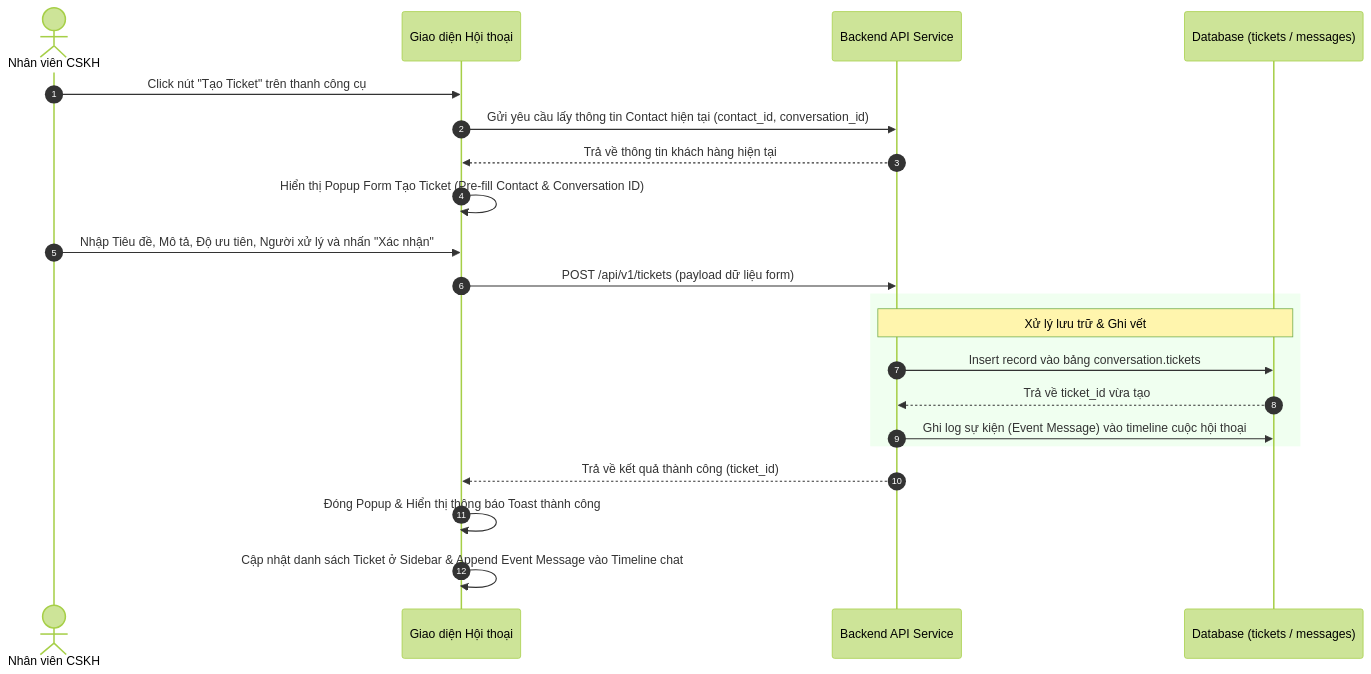
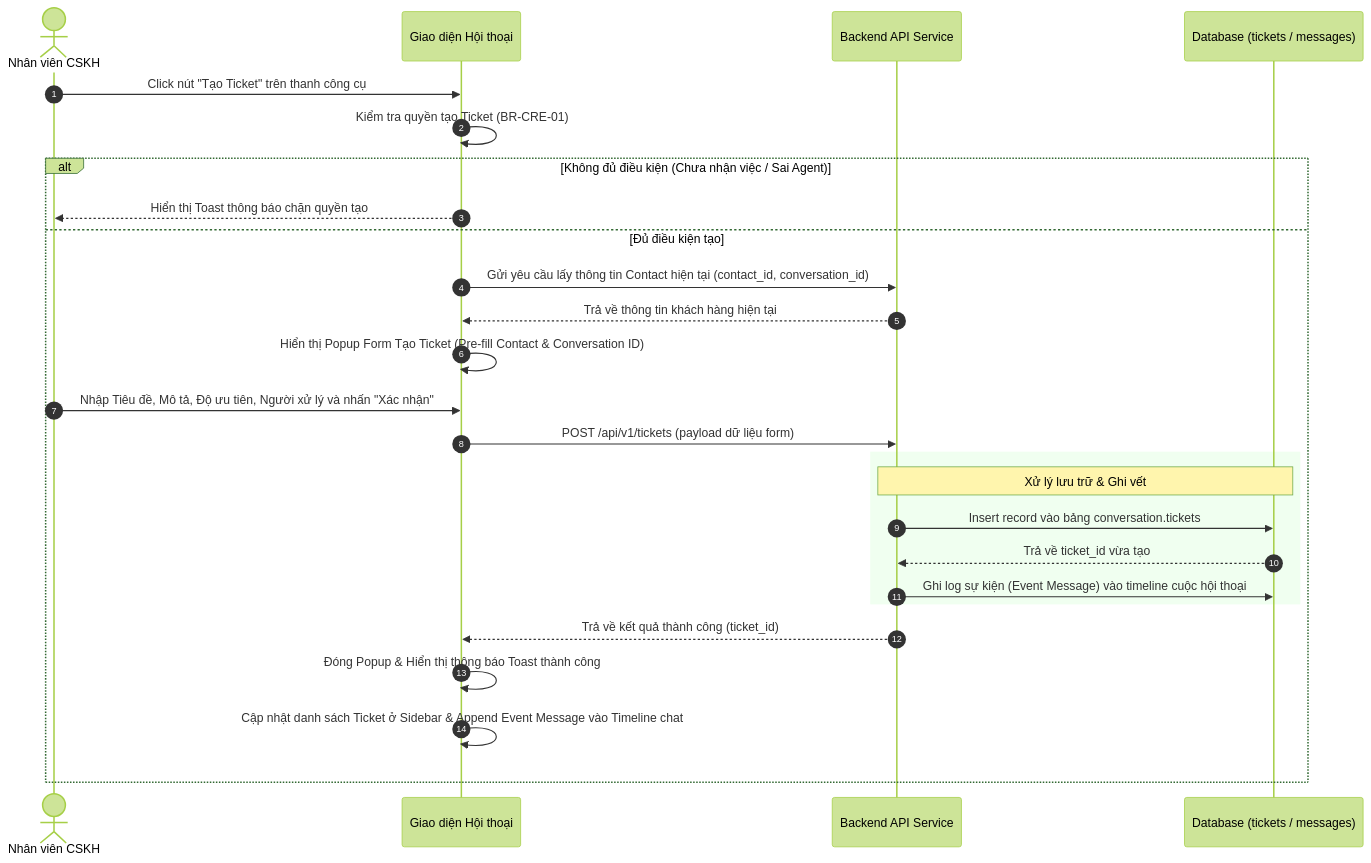
Before and after one commit to Mira-Miraaa/Gapone-Conversation: the diagram in Docs/SRS Create Ticket at Conversation.md, drawn with Mermaid (forest theme). The commit also changed other lines of this file and 3 other files, not shown here.

````diff
--- a/Docs/SRS Create Ticket at Conversation.md
+++ b/Docs/SRS Create Ticket at Conversation.md
@@ -59,26 +60,31 @@
 ```mermaid
 sequenceDiagram
     autonumber
     actor Agent as Nhân viên CSKH
     participant UI as Giao diện Hội thoại
     participant API as Backend API Service
     participant DB as Database (tickets / messages)
 
     Agent->>UI: Click nút "Tạo Ticket" trên thanh công cụ
-    UI->>API: Gửi yêu cầu lấy thông tin Contact hiện tại (contact_id, conversation_id)
-    API-->>UI: Trả về thông tin khách hàng hiện tại
-    UI->>UI: Hiển thị Popup Form Tạo Ticket (Pre-fill Contact & Conversation ID)
-    Agent->>UI: Nhập Tiêu đề, Mô tả, Độ ưu tiên, Người xử lý và nhấn "Xác nhận"
-    UI->>API: POST /api/v1/tickets (payload dữ liệu form)
-    
-    rect rgb(240, 255, 240)
-        Note over API, DB: Xử lý lưu trữ & Ghi vết
-        API->>DB: Insert record vào bảng conversation.tickets
-        DB-->>API: Trả về ticket_id vừa tạo
-        API->>DB: Ghi log sự kiện (Event Message) vào timeline cuộc hội thoại
+    UI->>UI: Kiểm tra quyền tạo Ticket (BR-CRE-01)
+    alt Không đủ điều kiện (Chưa nhận việc / Sai Agent)
+        UI-->>Agent: Hiển thị Toast thông báo chặn quyền tạo
+    else Đủ điều kiện tạo
+        UI->>API: Gửi yêu cầu lấy thông tin Contact hiện tại (contact_id, conversation_id)
+        API-->>UI: Trả về thông tin khách hàng hiện tại
+        UI->>UI: Hiển thị Popup Form Tạo Ticket (Pre-fill Contact & Conversation ID)
+        Agent->>UI: Nhập Tiêu đề, Mô tả, Độ ưu tiên, Người xử lý và nhấn "Xác nhận"
+        UI->>API: POST /api/v1/tickets (payload dữ liệu form)
+        
+        rect rgb(240, 255, 240)
+            Note over API, DB: Xử lý lưu trữ & Ghi vết
+            API->>DB: Insert record vào bảng conversation.tickets
+            DB-->>API: Trả về ticket_id vừa tạo
+            API->>DB: Ghi log sự kiện (Event Message) vào timeline cuộc hội thoại
+        end
+        
+        API-->>UI: Trả về kết quả thành công (ticket_id)
+        UI->>UI: Đóng Popup & Hiển thị thông báo Toast thành công
+        UI->>UI: Cập nhật danh sách Ticket ở Sidebar & Append Event Message vào Timeline chat
     end
-    
-    API-->>UI: Trả về kết quả thành công (ticket_id)
-    UI->>UI: Đóng Popup & Hiển thị thông báo Toast thành công
-    UI->>UI: Cập nhật danh sách Ticket ở Sidebar & Append Event Message vào Timeline chat
 ```
````
